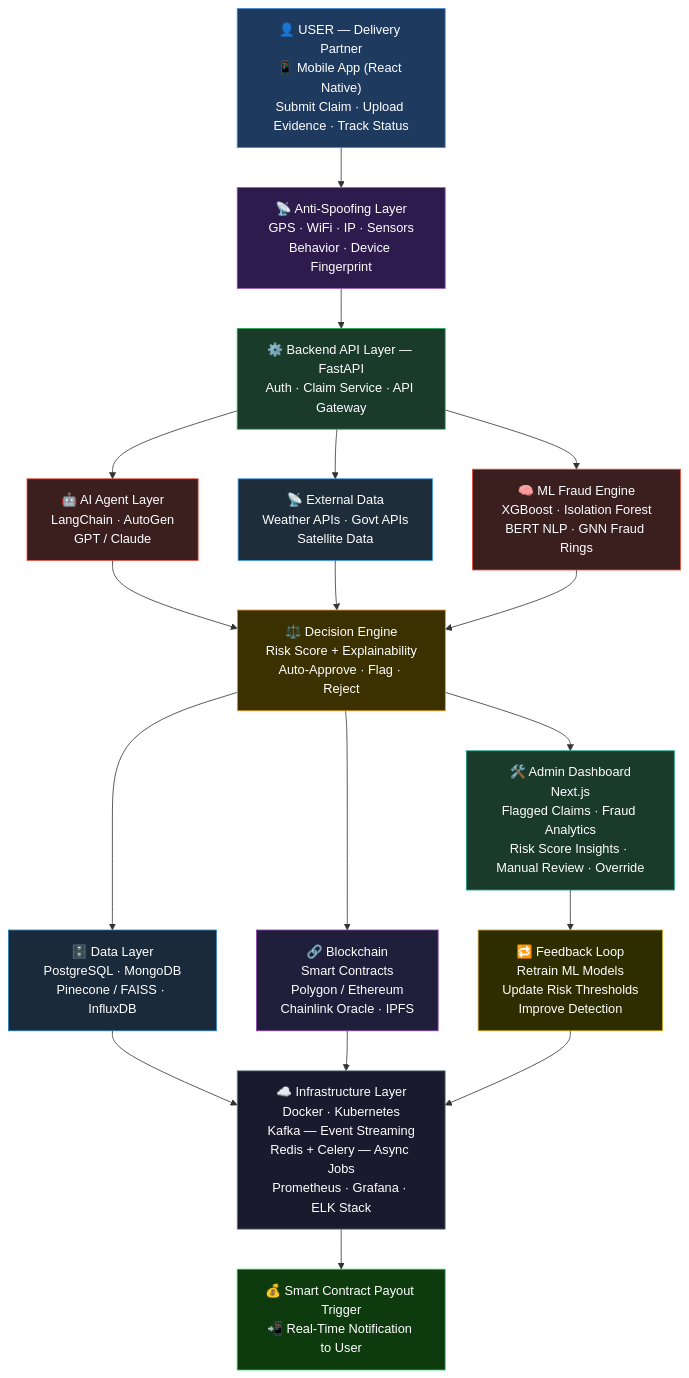
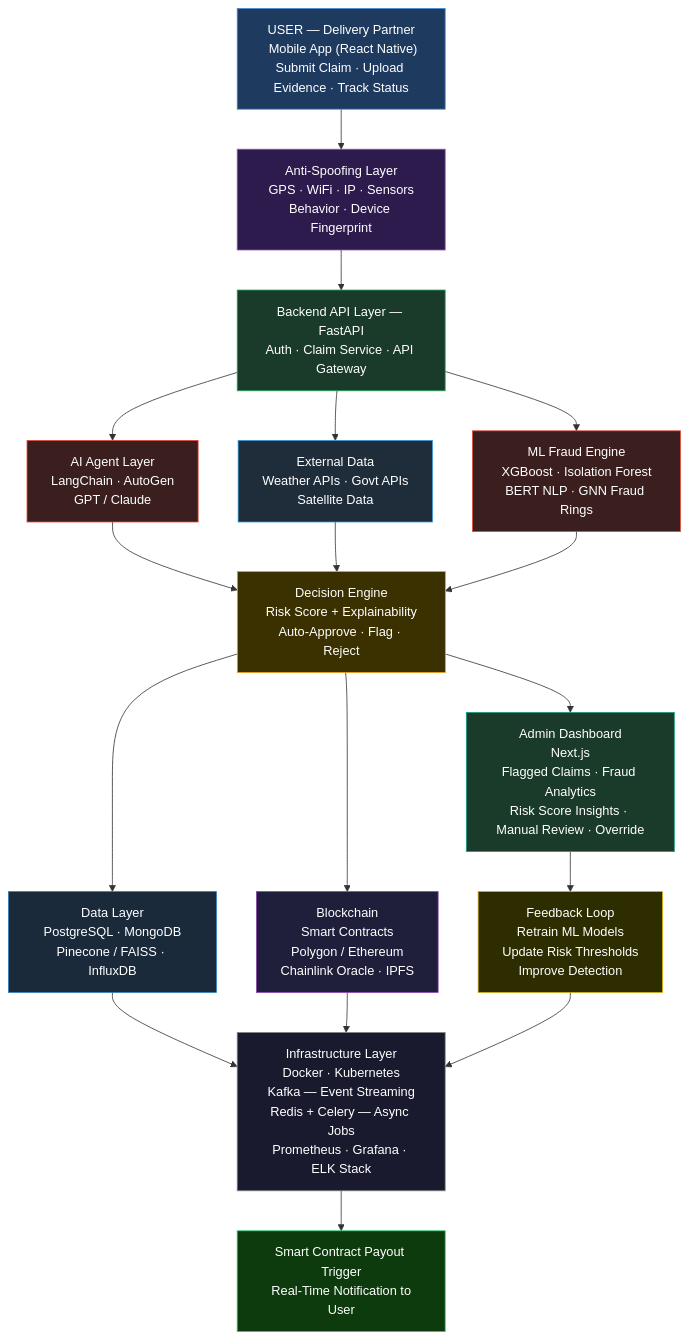
Before and after one commit to Balavignesh2007/Trailz--Devtrails-26: the diagram in README.md, drawn with Mermaid. The commit also changed other lines of this file, not shown here.

````diff
--- a/README.md
+++ b/README.md
@@ -482,48 +482,48 @@
 ```mermaid
 flowchart TD
-    A["👤 USER — Delivery Partner\n📱 Mobile App (React Native)\nSubmit Claim · Upload Evidence · Track Status"]
+    A[" USER — Delivery Partner\n Mobile App (React Native)\nSubmit Claim · Upload Evidence · Track Status"]
 
-    B["📡 Anti-Spoofing Layer\nGPS · WiFi · IP · Sensors\nBehavior · Device Fingerprint"]
+    B[" Anti-Spoofing Layer\nGPS · WiFi · IP · Sensors\nBehavior · Device Fingerprint"]
 
-    C["⚙️ Backend API Layer — FastAPI\nAuth · Claim Service · API Gateway"]
+    C[" Backend API Layer — FastAPI\nAuth · Claim Service · API Gateway"]
 
     A --> B --> C
 
-    C --> D["🤖 AI Agent Layer\nLangChain · AutoGen\nGPT / Claude"]
-    C --> E["📡 External Data\nWeather APIs · Govt APIs\nSatellite Data"]
-    C --> F["🧠 ML Fraud Engine\nXGBoost · Isolation Forest\nBERT NLP · GNN Fraud Rings"]
+    C --> D[" AI Agent Layer\nLangChain · AutoGen\nGPT / Claude"]
+    C --> E[" External Data\nWeather APIs · Govt APIs\nSatellite Data"]
+    C --> F[" ML Fraud Engine\nXGBoost · Isolation Forest\nBERT NLP · GNN Fraud Rings"]
 
     D --> G
     E --> G
     F --> G
 
-    G["⚖️ Decision Engine\nRisk Score + Explainability\nAuto-Approve · Flag · Reject"]
+    G[" Decision Engine\nRisk Score + Explainability\nAuto-Approve · Flag · Reject"]
 
-    G --> H["🗄️ Data Layer\nPostgreSQL · MongoDB\nPinecone / FAISS · InfluxDB"]
-    G --> I["🔗 Blockchain\nSmart Contracts\nPolygon / Ethereum\nChainlink Oracle · IPFS"]
-    G --> J["🛠️ Admin Dashboard\nNext.js\nFlagged Claims · Fraud Analytics\nRisk Score Insights · Manual Review · Override"]
+    G --> H[" Data Layer\nPostgreSQL · MongoDB\nPinecone / FAISS · InfluxDB"]
+    G --> I[" Blockchain\nSmart Contracts\nPolygon / Ethereum\nChainlink Oracle · IPFS"]
+    G --> J[" Admin Dashboard\nNext.js\nFlagged Claims · Fraud Analytics\nRisk Score Insights · Manual Review · Override"]
 
-    J --> K["🔁 Feedback Loop\nRetrain ML Models\nUpdate Risk Thresholds\nImprove Detection"]
+    J --> K[" Feedback Loop\nRetrain ML Models\nUpdate Risk Thresholds\nImprove Detection"]
 
     H --> L
     I --> L
     K --> L
 
-    L["☁️ Infrastructure Layer\nDocker · Kubernetes\nKafka — Event Streaming\nRedis + Celery — Async Jobs\nPrometheus · Grafana · ELK Stack"]
+    L[" Infrastructure Layer\nDocker · Kubernetes\nKafka — Event Streaming\nRedis + Celery — Async Jobs\nPrometheus · Grafana · ELK Stack"]
 
-    L --> M["💰 Smart Contract Payout Trigger\n📲 Real-Time Notification to User"]
+    L --> M[" Smart Contract Payout Trigger\n Real-Time Notification to User"]
 
     style A fill:#1e3a5f,color:#ffffff,stroke:#4a90d9
     style B fill:#2d1b4e,color:#ffffff,stroke:#9b59b6
     style C fill:#1a3a2a,color:#ffffff,stroke:#27ae60
     style D fill:#3b1f1f,color:#ffffff,stroke:#e74c3c
     style E fill:#1f2d3b,color:#ffffff,stroke:#3498db
     style F fill:#3b1f1f,color:#ffffff,stroke:#e74c3c
     style G fill:#3b3000,color:#ffffff,stroke:#f39c12
     style H fill:#1a2a3b,color:#ffffff,stroke:#2980b9
     style I fill:#1f1f3b,color:#ffffff,stroke:#8e44ad
     style J fill:#1a3b2a,color:#ffffff,stroke:#16a085
     style K fill:#2d2d00,color:#ffffff,stroke:#d4ac0d
     style L fill:#1a1a2e,color:#ffffff,stroke:#7f8c8d
     style M fill:#0d3b0d,color:#ffffff,stroke:#2ecc71
 ```
````
